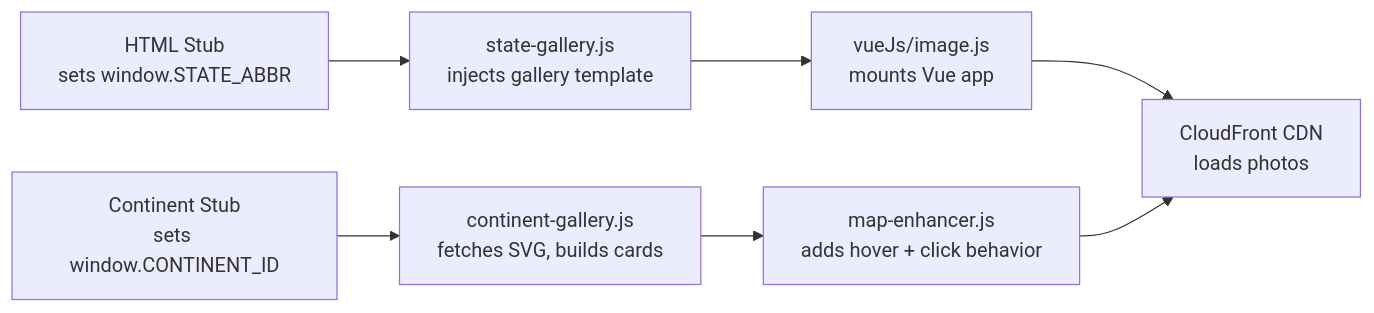
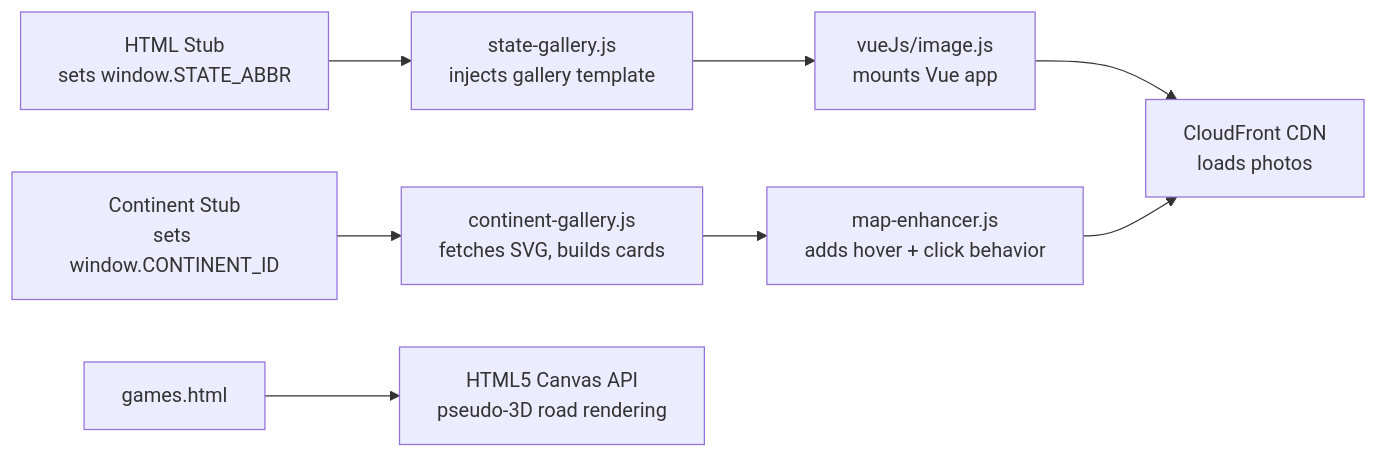
The second of 4 diagrams in README.md (Masrik-Dahir/Masrik-Dahir.github.io), drawn with Mermaid before and after one commit. The commit also changed other lines of this file and 12 other files, not shown here.

````diff
--- a/README.md
+++ b/README.md
@@ -112,10 +115,12 @@
 ```mermaid
 flowchart LR
     Stub["HTML Stub<br/>sets window.STATE_ABBR"] --> SGJ["state-gallery.js<br/>injects gallery template"]
     SGJ --> VueMount["vueJs/image.js<br/>mounts Vue app"]
     VueMount --> CDN["CloudFront CDN<br/>loads photos"]
 
     CStub["Continent Stub<br/>sets window.CONTINENT_ID"] --> CGJ["continent-gallery.js<br/>fetches SVG, builds cards"]
     CGJ --> ME["map-enhancer.js<br/>adds hover + click behavior"]
     ME --> CDN
+
+    GamesPage["games.html"] --> CanvasAPI["HTML5 Canvas API<br/>pseudo-3D road rendering"]
 ```
````
